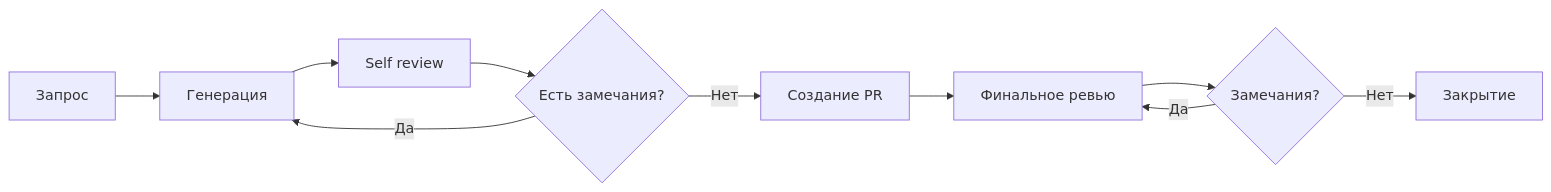
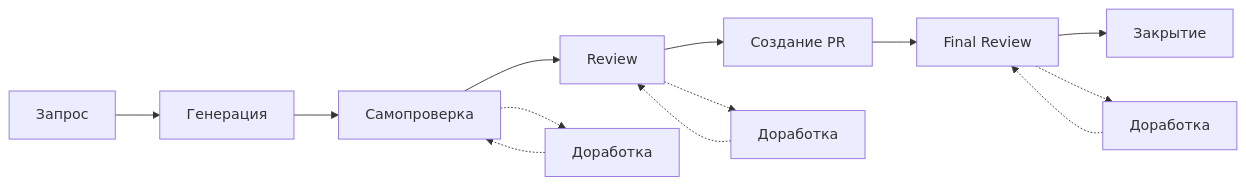
The first of 3 diagrams in README.md (prikotov/task-agents-playbook), drawn with Mermaid before and after one commit. The commit also changed other lines of this file and 2 other files, not shown here.

Commit message:
docs: update task setting process from blog article — add Review step, detailed mermaid, intro paragraph

````diff
--- a/README.md
+++ b/README.md
@@ -85,12 +95,19 @@
 ```mermaid
 flowchart LR
-    A[Запрос] --> B[Генерация]
-    B --> C[Self review]
-    C --> D{Есть замечания?}
-    D -->|Да| B
-    D -->|Нет| E[Создание PR]
-    E --> F[Финальное ревью]
-    F --> G{Замечания?}
-    G -->|Да| F
-    G -->|Нет| H[Закрытие]
+    A["Запрос"] --> B["Генерация"]
+    B --> C["Самопроверка"]
+
+    C --> D["Review"]
+    C -.-> C1["Доработка"]
+    C1 -.-> C
+
+    D --> E["Создание PR"]
+    D -.-> D1["Доработка"]
+    D1 -.-> D
+
+    E --> F["Final Review"]
+
+    F --> G["Закрытие"]
+    F -.-> F1["Доработка"]
+    F1 -.-> F
 ```
````
